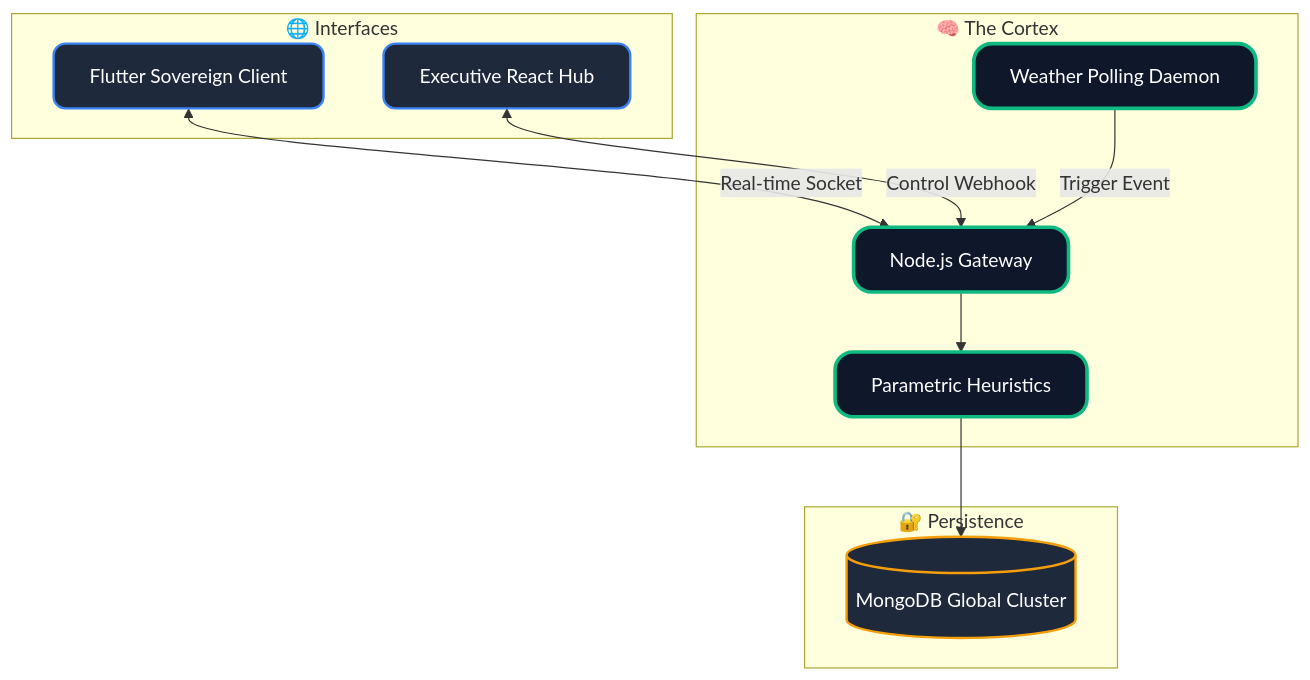
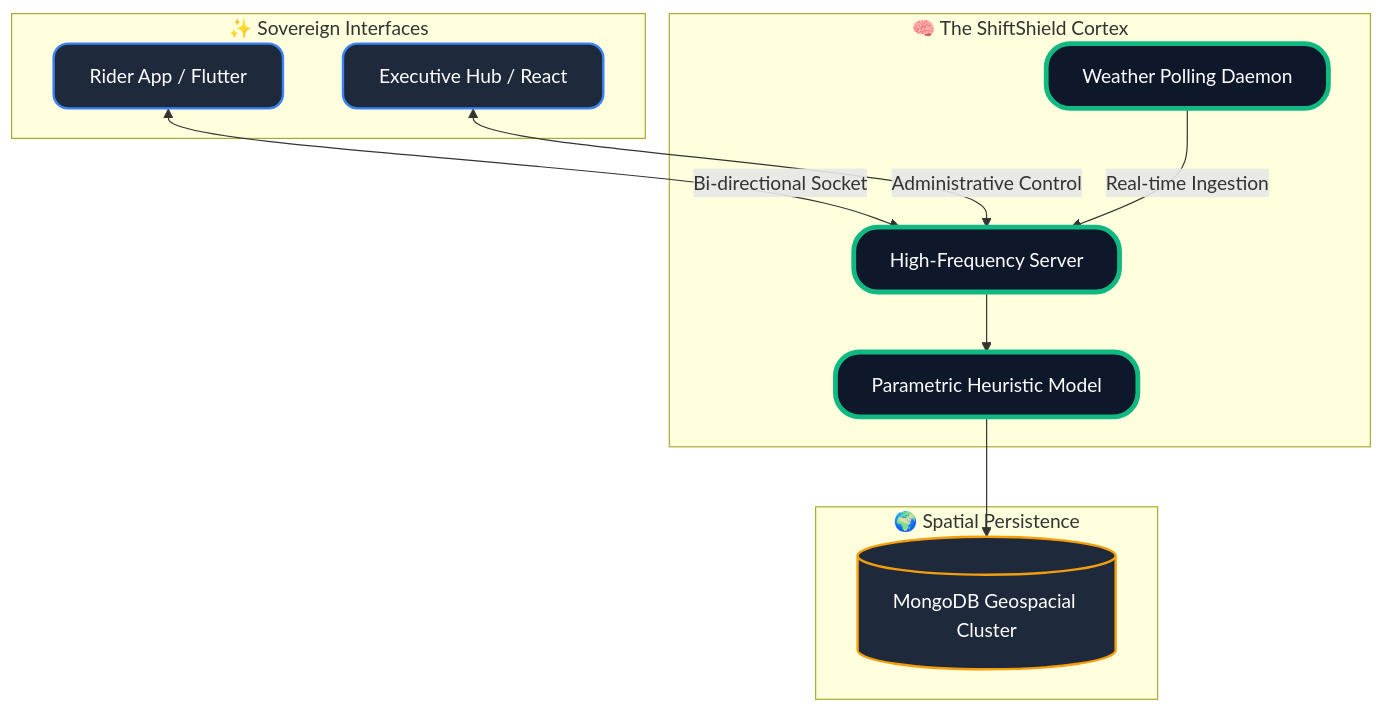
The diagram in README.md (Gokulk1018/AI-Gig-Insurance-Platform), drawn with Mermaid before and after one commit. The commit also changed other lines of this file and 18 other files, not shown here.

Commit message:
🛡️ ShiftShield Sovereign Ultimate Update: Restore Assets, Hub, and Backend Core

````diff
--- a/README.md
+++ b/README.md
@@ -33,26 +39,26 @@
 ```mermaid
 graph TD
-    classDef client fill:#1e293b,stroke:#3b82f6,stroke-width:2px,color:#fff,rx:10,ry:10
-    classDef cortex fill:#0f172a,stroke:#10b981,stroke-width:3px,color:#fff,rx:15,ry:15
-    classDef storage fill:#1e293b,stroke:#f59e0b,stroke-width:2px,color:#fff,rx:5,ry:5
+    classDef interface fill:#1e293b,stroke:#3b82f6,stroke-width:2px,color:#fff,rx:12
+    classDef core fill:#0f172a,stroke:#10b981,stroke-width:4px,color:#fff,rx:20
+    classDef spatial fill:#1e293b,stroke:#f59e0b,stroke-width:2px,color:#fff,rx:8
 
-    subgraph "🌐 Interfaces"
-        RiderApp[Flutter Sovereign Client]:::client
-        AdminHub[Executive React Hub]:::client
+    subgraph "✨ Sovereign Interfaces"
+        RiderClient[Rider App / Flutter]:::interface
+        AdminCortex[Executive Hub / React]:::interface
     end
 
-    subgraph "🧠 The Cortex"
-        API[Node.js Gateway]:::cortex
-        Weather[Weather Polling Daemon]:::cortex
-        Fraud[Parametric Heuristics]:::cortex
+    subgraph "🧠 The ShiftShield Cortex"
+        HFS[High-Frequency Server]:::core
+        WPD[Weather Polling Daemon]:::core
+        PHM[Parametric Heuristic Model]:::core
     end
 
-    subgraph "🔐 Persistence"
-        Mongo[(MongoDB Global Cluster)]:::storage
+    subgraph "🌍 Spatial Persistence"
+        GeoDB[(MongoDB Geospacial Cluster)]:::spatial
     end
     
-    RiderApp <-->|Real-time Socket| API
-    AdminHub <-->|Control Webhook| API
-    Weather -->|Trigger Event| API
-    API --> Fraud --> Mongo
+    RiderClient <-->|Bi-directional Socket| HFS
+    AdminCortex <-->|Administrative Control| HFS
+    WPD -->|Real-time Ingestion| HFS
+    HFS --> PHM --> GeoDB
 ```
````
